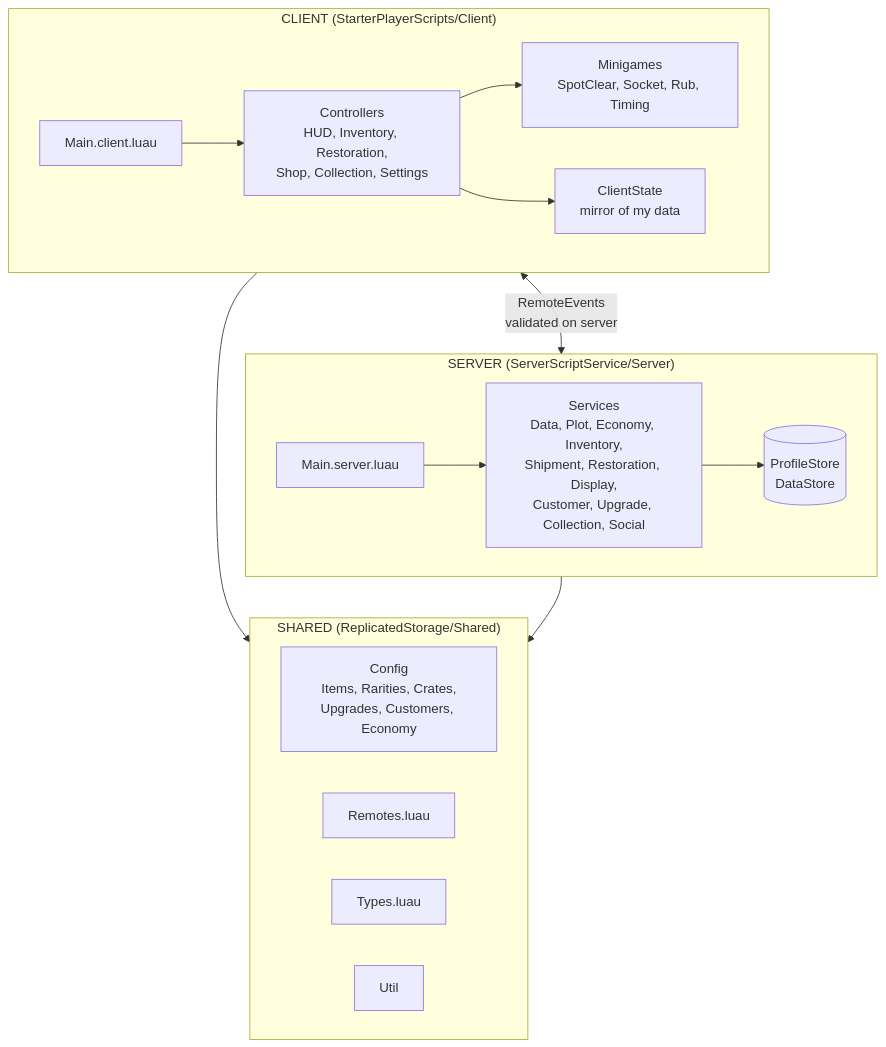
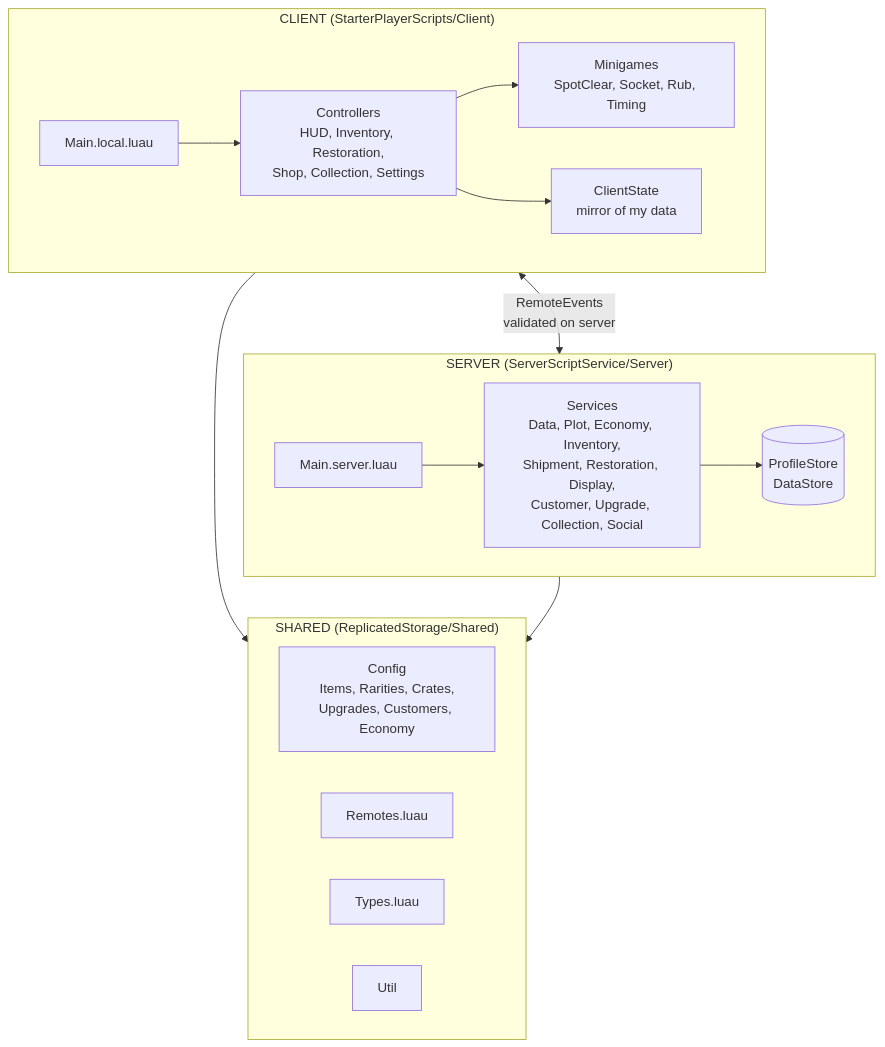
The second of 2 diagrams in CLAUDE.md (1nsincere/dusty-finds), drawn with Mermaid before and after one commit. The commit also changed other lines of this file and 29 other files, not shown here.

````diff
--- a/CLAUDE.md
+++ b/CLAUDE.md
@@ -89,21 +100,21 @@
 ```mermaid
 flowchart TB
     subgraph Client["CLIENT (StarterPlayerScripts/Client)"]
-        CM[Main.client.luau] --> CC[Controllers<br/>HUD, Inventory, Restoration,<br/>Shop, Collection, Settings]
+        CM[Main.local.luau] --> CC[Controllers<br/>HUD, Inventory, Restoration,<br/>Shop, Collection, Settings]
         CC --> MG[Minigames<br/>SpotClear, Socket, Rub, Timing]
         CC --> CS[ClientState<br/>mirror of my data]
     end
     subgraph Shared["SHARED (ReplicatedStorage/Shared)"]
         CFG[Config<br/>Items, Rarities, Crates,<br/>Upgrades, Customers, Economy]
         RM[Remotes.luau]
         TY[Types.luau]
         UT[Util]
     end
     subgraph Server["SERVER (ServerScriptService/Server)"]
         SM[Main.server.luau] --> SV[Services<br/>Data, Plot, Economy, Inventory,<br/>Shipment, Restoration, Display,<br/>Customer, Upgrade, Collection, Social]
         SV --> DS[(ProfileStore<br/>DataStore)]
     end
     Client <-->|RemoteEvents<br/>validated on server| Server
     Client --> Shared
     Server --> Shared
 ```
````
